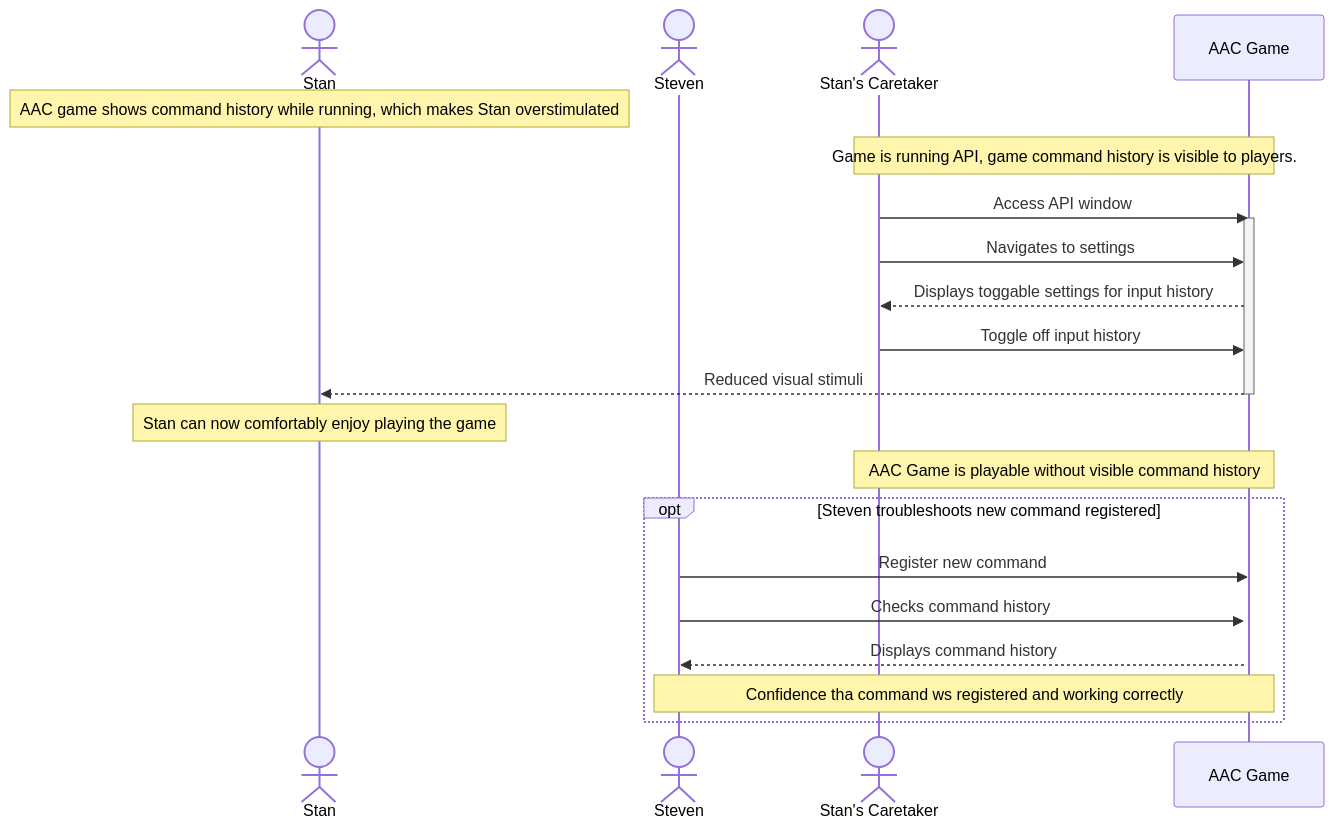
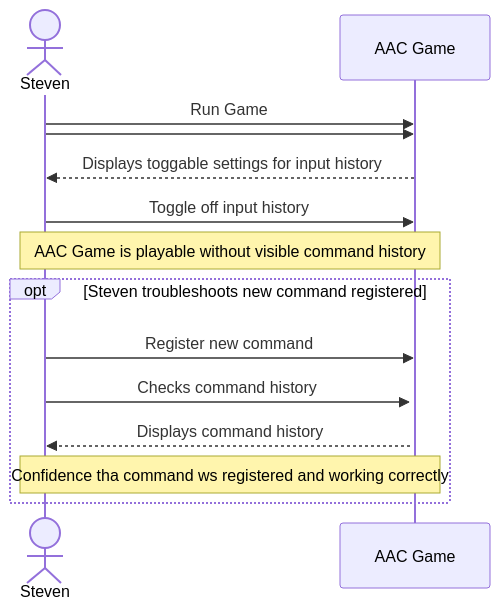
The eighth of 9 diagrams in documentation/docs/system-architecture/sequence-diagrams.md (Capstone-Projects-2025-Fall/project-001-aac-api), drawn with Mermaid before and after one commit. The commit also changed other lines of this file and 1 other file, not shown here.

Commit message:
Update Use Case 1 and redraw sequence diagrams

````diff
--- a/documentation/docs/system-architecture/sequence-diagrams.md
+++ b/documentation/docs/system-architecture/sequence-diagrams.md
@@ -532,28 +353,18 @@
 ```mermaid
 sequenceDiagram
-    actor Stan
     actor Steven
-    Note over Stan: AAC game shows command history while running, which makes Stan overstimulated
-    actor Stan's Caretaker
-    participant AAC Game
+    Steven ->> AAC Game: Run Game
+    Steven ->> AAC Game: 
+    AAC Game -->> Steven: Displays toggable settings for input history
+    Steven ->> AAC Game: Toggle off input history
     
-    Note over Stan's Caretaker, AAC Game: Game is running API, game command history is visible to players.
-    Stan's Caretaker ->> AAC Game: Access API window
-    activate AAC Game
-    Stan's Caretaker ->> AAC Game: Navigates to settings
-    AAC Game -->> Stan's Caretaker: Displays toggable settings for input history
-    Stan's Caretaker ->> AAC Game: Toggle off input history
-    
-    AAC Game -->> Stan: Reduced visual stimuli
-    deactivate AAC Game
-    Note over Stan: Stan can now comfortably enjoy playing the game
-    Note over Stan's Caretaker, AAC Game: AAC Game is playable without visible command history
+    Note over Steven, AAC Game: AAC Game is playable without visible command history
     
     opt Steven troubleshoots new command registered
         Steven ->> AAC Game: Register new command
         activate AAC Game
         Steven ->> AAC Game: Checks command history
         AAC Game -->> Steven: Displays command history
         Note over Steven, AAC Game: Confidence tha command ws registered and working correctly
     end
 ```
````
